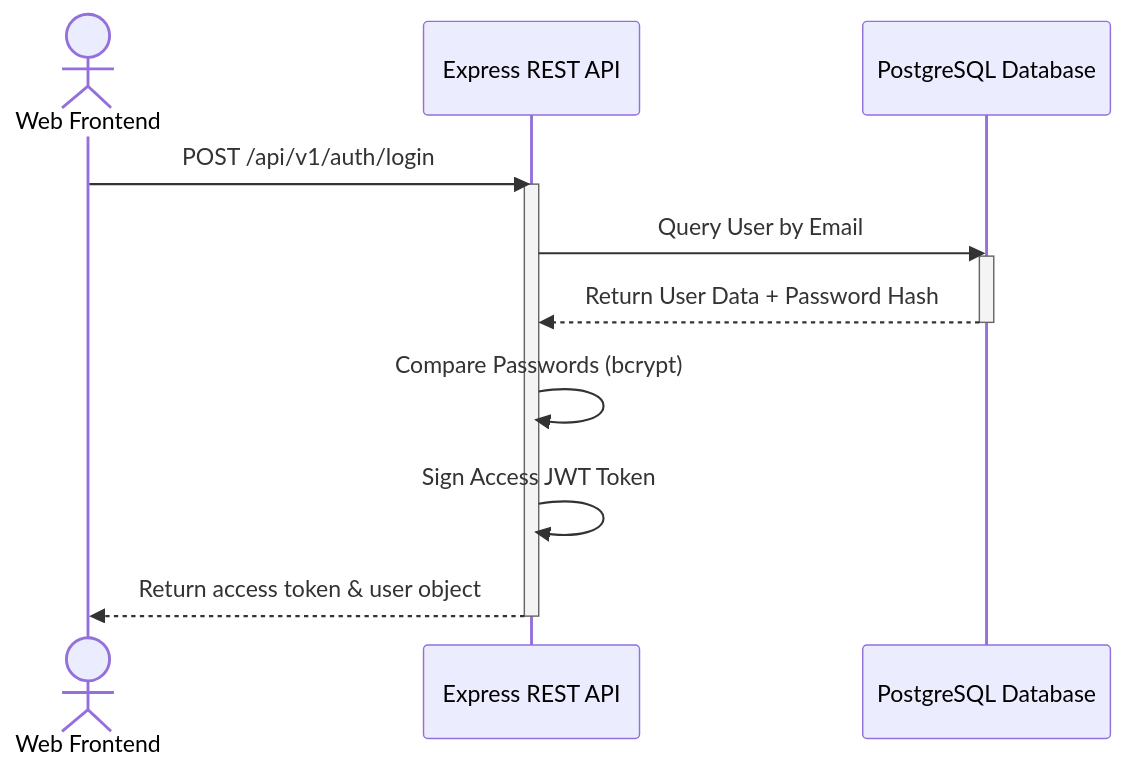
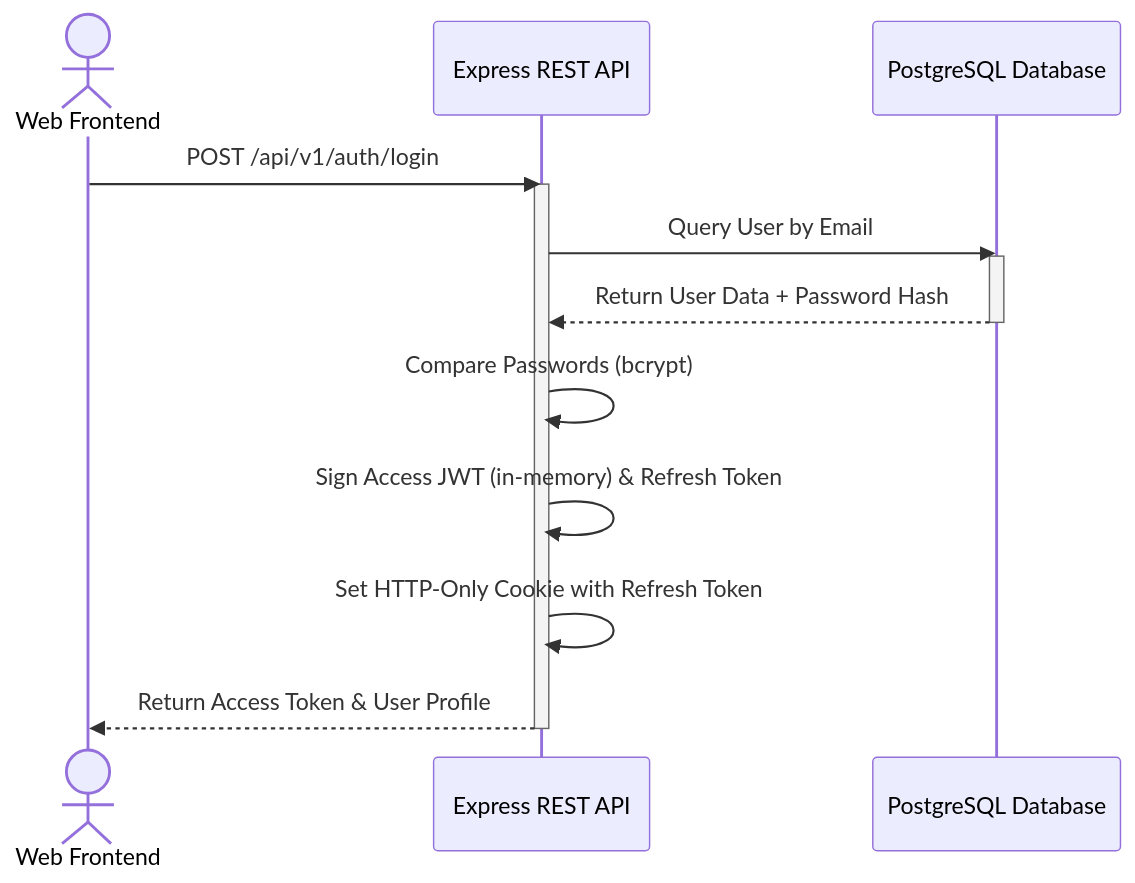
The second of 5 diagrams in docs/architecture.md (mohammadali-eth/VendorBridge), drawn with Mermaid before and after one commit. The commit also changed other lines of this file and 95 other files, not shown here.

````diff
--- a/docs/architecture.md
+++ b/docs/architecture.md
@@ -9,17 +28,18 @@
 ```mermaid
 sequenceDiagram
   actor Client as Web Frontend
   participant Server as Express REST API
   participant DB as PostgreSQL Database
 
   Client->>Server: POST /api/v1/auth/login
   activate Server
   Server->>DB: Query User by Email
   activate DB
   DB-->>Server: Return User Data + Password Hash
   deactivate DB
   Server->>Server: Compare Passwords (bcrypt)
-  Server->>Server: Sign Access JWT Token
-  Server-->>Client: Return access token & user object
+  Server->>Server: Sign Access JWT (in-memory) & Refresh Token
+  Server->>Server: Set HTTP-Only Cookie with Refresh Token
+  Server-->>Client: Return Access Token & User Profile
   deactivate Server
 ```
````
